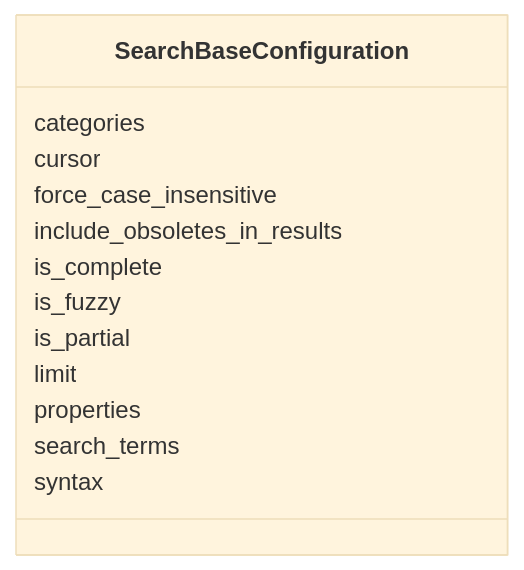
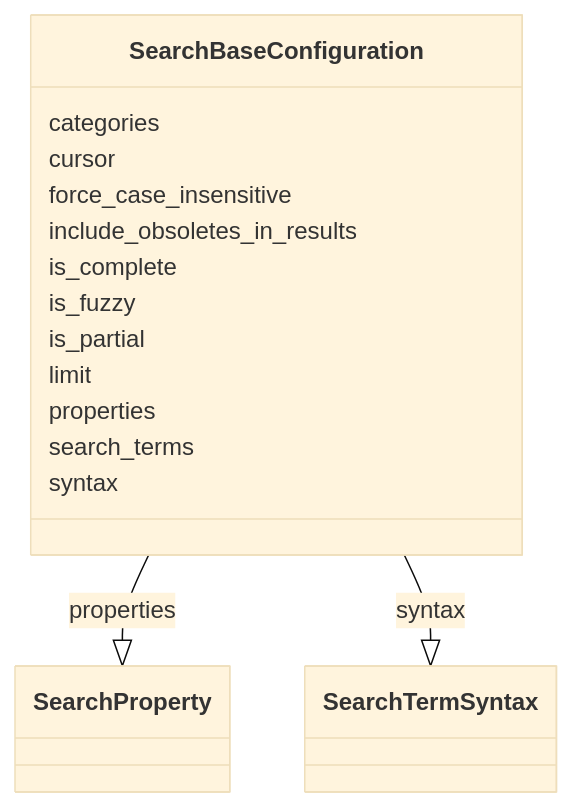
Before and after one commit to cthoyt/ontology-access-kit: the diagram in search/SearchBaseConfiguration.md, drawn with Mermaid (base theme). The commit also changed other lines of this file and 3287 other files, not shown here.

````diff
--- a/search/SearchBaseConfiguration.md
+++ b/search/SearchBaseConfiguration.md
@@ -11,16 +14,31 @@
 ```{mermaid}
  classDiagram
     class SearchBaseConfiguration
       SearchBaseConfiguration : categories
+        
       SearchBaseConfiguration : cursor
+        
       SearchBaseConfiguration : force_case_insensitive
+        
       SearchBaseConfiguration : include_obsoletes_in_results
+        
       SearchBaseConfiguration : is_complete
+        
       SearchBaseConfiguration : is_fuzzy
+        
       SearchBaseConfiguration : is_partial
+        
       SearchBaseConfiguration : limit
+        
       SearchBaseConfiguration : properties
+        
+          SearchBaseConfiguration --|> SearchProperty : properties
+        
       SearchBaseConfiguration : search_terms
+        
       SearchBaseConfiguration : syntax
+        
+          SearchBaseConfiguration --|> SearchTermSyntax : syntax
+        
       
 ```
````
